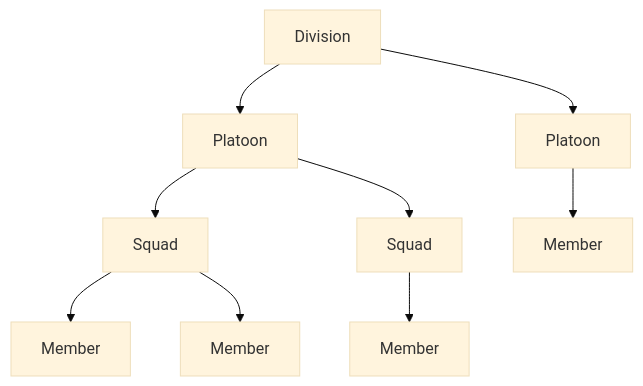
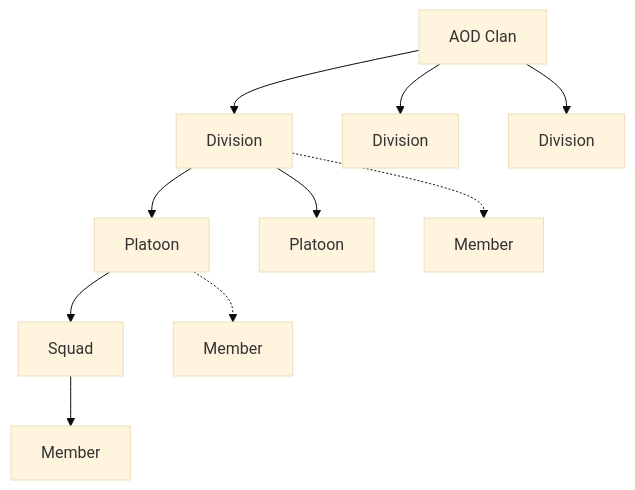
The diagram in README.md (ClanAODDev/tracker_v3), drawn with Mermaid (base theme) before and after one commit.

Commit message:
Mermaid diagram updates

````diff
--- a/README.md
+++ b/README.md
@@ -7,11 +7,12 @@
 ```mermaid
 graph TD
-    D[Division] --> P1[Platoon]
-    D --> P2[Platoon]
+    AOD[AOD Clan] --> D1[Division]
+    AOD --> D2[Division]
+    AOD --> D3[Division]
+    D1 --> P1[Platoon]
+    D1 --> P2[Platoon]
     P1 --> S1[Squad]
-    P1 --> S2[Squad]
     S1 --> M1[Member]
-    S1 --> M2[Member]
-    S2 --> M3[Member]
-    P2 --> M4[Member]
+    P1 -.-> M2[Member]
+    D1 -.-> M3[Member]
 ```
````
